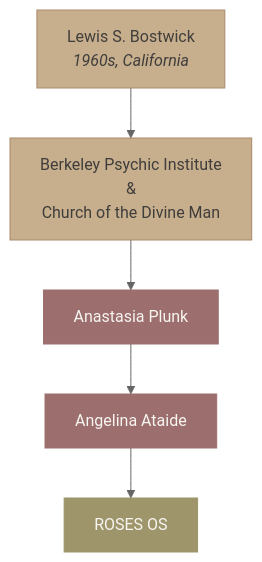
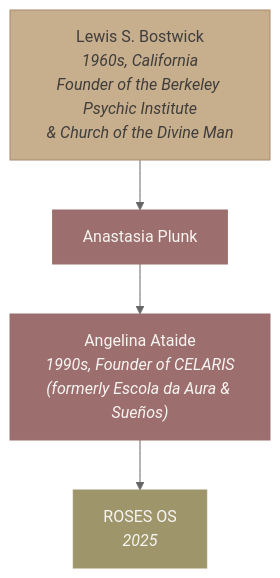
The third of 28 diagrams in docs/brand/brand-dna.md (Light-Brands/roses-os), drawn with Mermaid (neutral theme) before and after one commit. The commit also changed other lines of this file and 2 other files, not shown here.

Commit message:
Update codex lineage: remove redundant BPI entry, add CELARIS history, fix dates
- Remove Berkeley Psychic Institute & Church of the Divine Man as a
  separate lineage entry (already covered under Lewis S. Bostwick)
- Add that Angelina is founder of CELARIS, formerly Escola da Aura & Sueños
- Update Angelina's lineage year from 2010s to 1990s (30+ years of work)
- Update ROSES OS year from 2020s to 2025
- Re-index lineage entry IDs after removal

https://claude.ai/code/session_01BQBLYytqPLrKgov6QSj3pC

````diff
--- a/docs/brand/brand-dna.md
+++ b/docs/brand/brand-dna.md
@@ -128,13 +128,11 @@
 ```mermaid
 graph TD
-    LB["Lewis S. Bostwick<br/><i>1960s, California</i>"] --> BPI["Berkeley Psychic Institute<br/>&<br/>Church of the Divine Man"]
-    BPI --> AP["Anastasia Plunk"]
-    AP --> AA["Angelina Ataide"]
-    AA --> ROS["ROSES OS"]
+    LB["Lewis S. Bostwick<br/><i>1960s, California<br/>Founder of the Berkeley Psychic Institute<br/>& Church of the Divine Man</i>"] --> AP["Anastasia Plunk"]
+    AP --> AA["Angelina Ataide<br/><i>1990s, Founder of CELARIS<br/>(formerly Escola da Aura & Sueños)</i>"]
+    AA --> ROS["ROSES OS<br/><i>2025</i>"]
 
     style LB fill:#C7AE8C,color:#3F3E3C,stroke:#A8896D
-    style BPI fill:#C7AE8C,color:#3F3E3C,stroke:#A8896D
     style AP fill:#9C6F6E,color:#F7F5F2,stroke:#9C6F6E
     style AA fill:#9C6F6E,color:#F7F5F2,stroke:#9C6F6E
     style ROS fill:#9E956B,color:#F7F5F2,stroke:#9E956B
 ```
````
